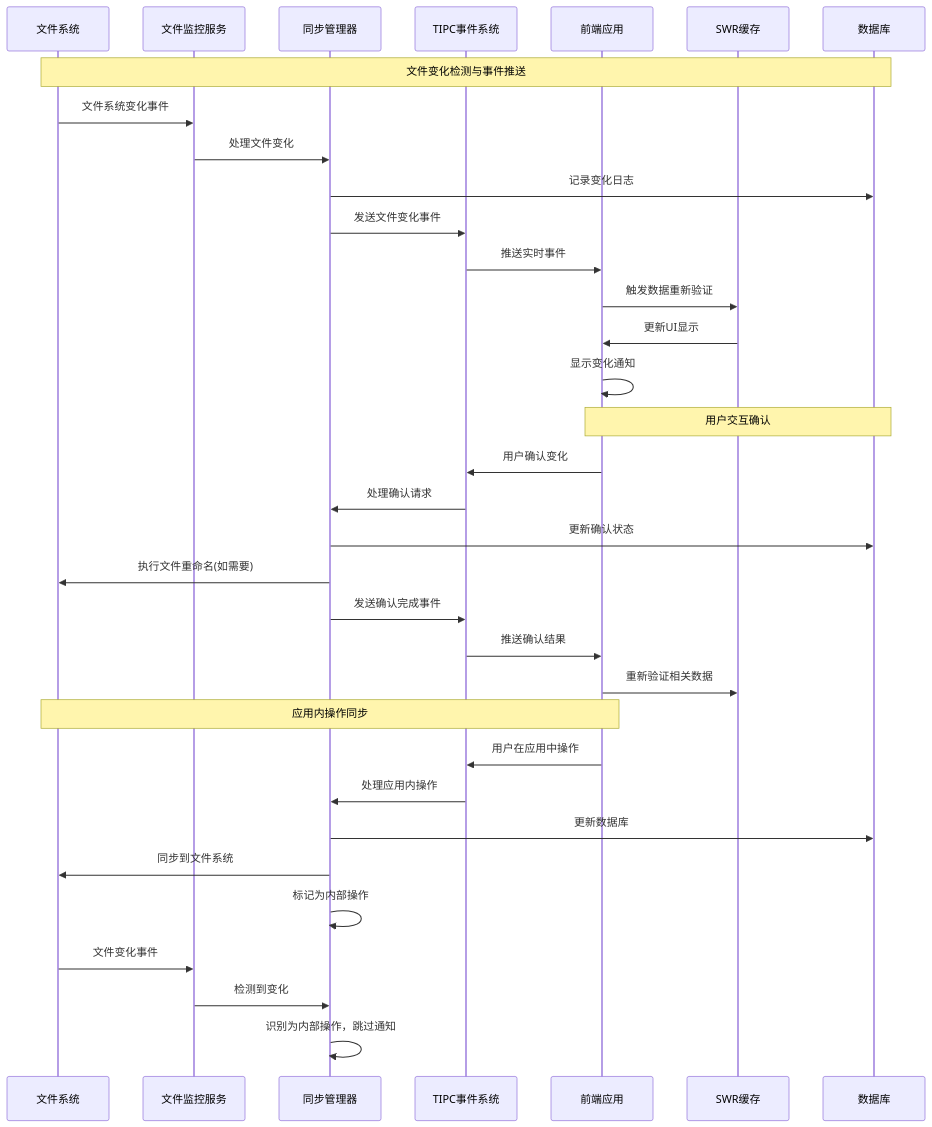
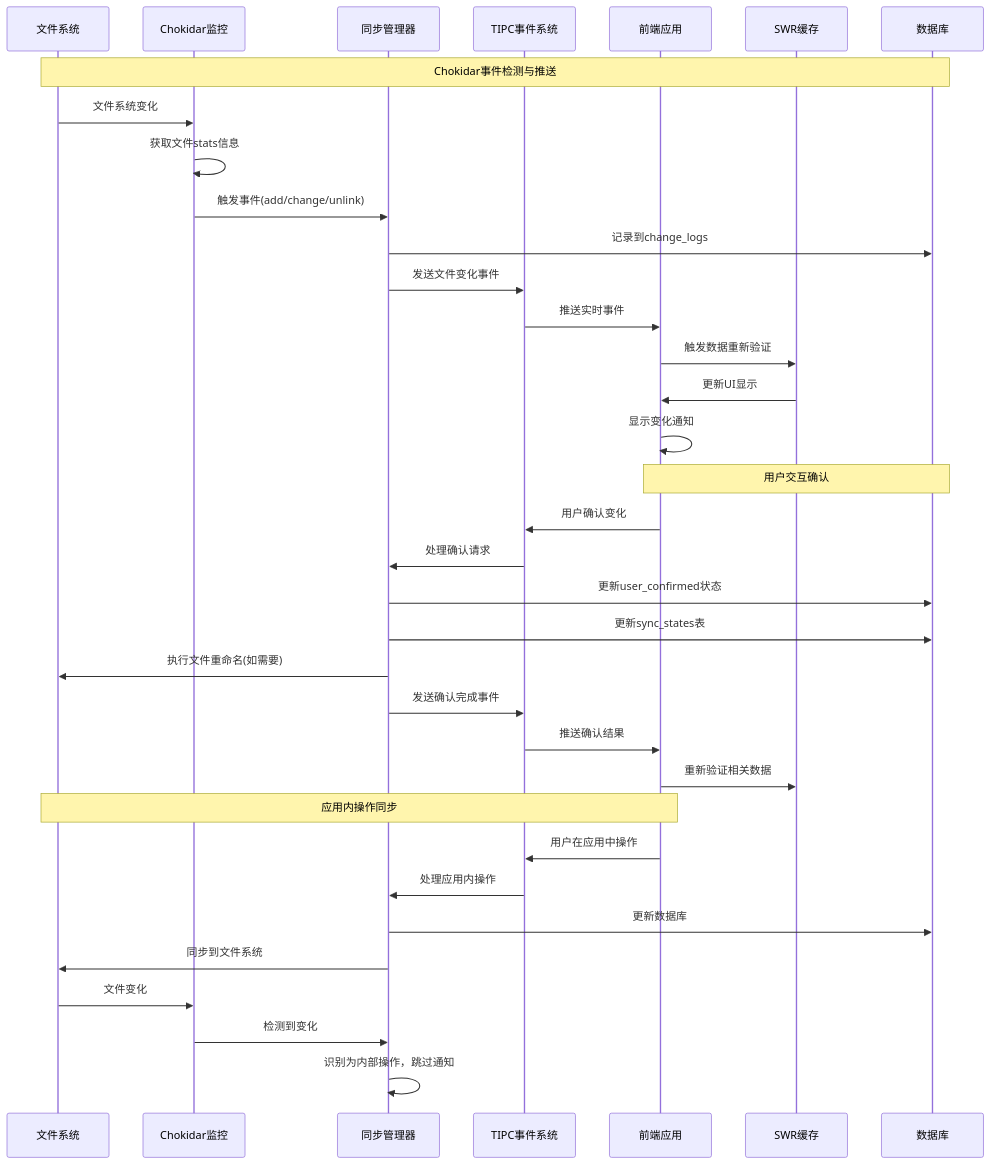
The sixth of 6 diagrams in RFCs/RFC-001-Intelligent-File-Management-and-Bidirectional-Sync.md (wibus-wee/ClarityFile), drawn with Mermaid before and after one commit. The commit also changed other lines of this file and 1 other file, not shown here.

Commit message:
feat(schema): update syncStates and changeLogs tables to enhance file synchronization tracking

````diff
--- a/RFCs/RFC-001-Intelligent-File-Management-and-Bidirectional-Sync.md
+++ b/RFCs/RFC-001-Intelligent-File-Management-and-Bidirectional-Sync.md
@@ -291,42 +276,43 @@
 ```mermaid
 sequenceDiagram
     participant FS as 文件系统
-    participant Watcher as 文件监控服务
+    participant Chokidar as Chokidar监控
     participant SyncMgr as 同步管理器
     participant TIPC as TIPC事件系统
     participant Frontend as 前端应用
     participant SWR as SWR缓存
     participant DB as 数据库
 
     %% 文件系统到应用的同步
-    Note over FS,DB: 文件变化检测与事件推送
-    FS->>Watcher: 文件系统变化事件
-    Watcher->>SyncMgr: 处理文件变化
-    SyncMgr->>DB: 记录变化日志
+    Note over FS,DB: Chokidar事件检测与推送
+    FS->>Chokidar: 文件系统变化
+    Chokidar->>Chokidar: 获取文件stats信息
+    Chokidar->>SyncMgr: 触发事件(add/change/unlink)
+    SyncMgr->>DB: 记录到change_logs
     SyncMgr->>TIPC: 发送文件变化事件
     TIPC->>Frontend: 推送实时事件
     Frontend->>SWR: 触发数据重新验证
     SWR->>Frontend: 更新UI显示
     Frontend->>Frontend: 显示变化通知
 
     %% 用户确认流程
     Note over Frontend,DB: 用户交互确认
     Frontend->>TIPC: 用户确认变化
     TIPC->>SyncMgr: 处理确认请求
-    SyncMgr->>DB: 更新确认状态
+    SyncMgr->>DB: 更新user_confirmed状态
+    SyncMgr->>DB: 更新sync_states表
     SyncMgr->>FS: 执行文件重命名(如需要)
     SyncMgr->>TIPC: 发送确认完成事件
     TIPC->>Frontend: 推送确认结果
     Frontend->>SWR: 重新验证相关数据
 
     %% 应用到文件系统的同步
     Note over Frontend,FS: 应用内操作同步
     Frontend->>TIPC: 用户在应用中操作
     TIPC->>SyncMgr: 处理应用内操作
     SyncMgr->>DB: 更新数据库
     SyncMgr->>FS: 同步到文件系统
-    SyncMgr->>SyncMgr: 标记为内部操作
-    FS->>Watcher: 文件变化事件
-    Watcher->>SyncMgr: 检测到变化
+    FS->>Chokidar: 文件变化
+    Chokidar->>SyncMgr: 检测到变化
     SyncMgr->>SyncMgr: 识别为内部操作，跳过通知
 ```
````
